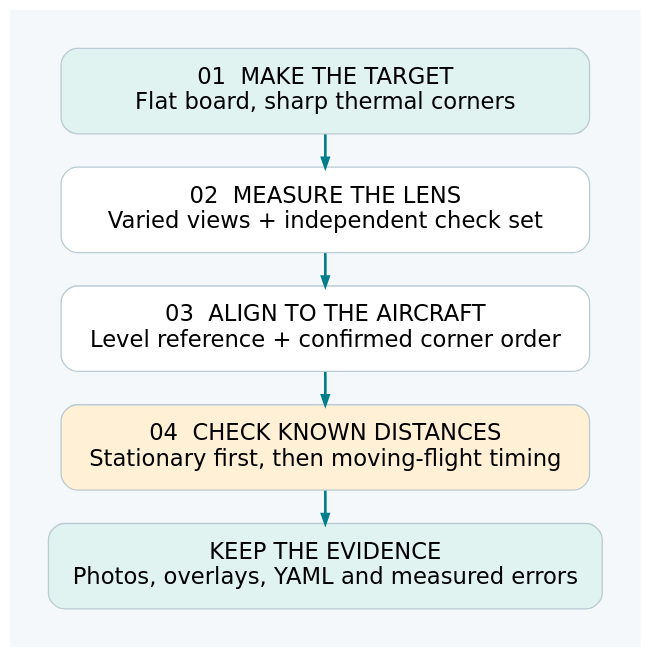
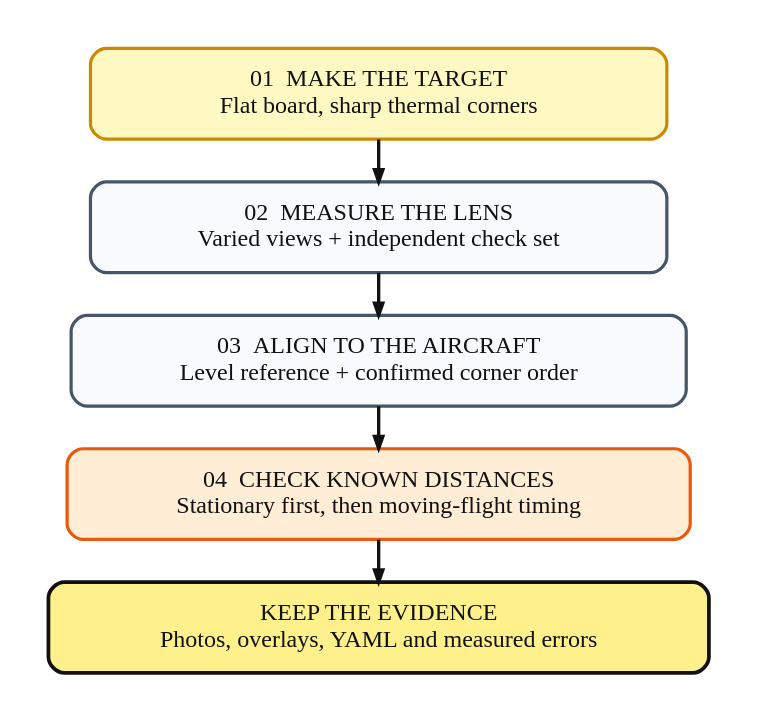
One commit to tudelft/paparazzi changed the diagram in sw/airborne/modules/digital_cam/catia/documentation/lwir-calibration-workflow.dot. Above: the diagram before and after it, drawn with Graphviz. The commit also changed 87 other files, not shown here.

```diff
--- a/sw/airborne/modules/digital_cam/catia/documentation/lwir-calibration-workflow.dot
+++ b/sw/airborne/modules/digital_cam/catia/documentation/lwir-calibration-workflow.dot
@@ -1,11 +1,11 @@
 digraph calibration {
-  graph [rankdir=TB, bgcolor="#f4f8fa", pad="0.4", nodesep="0.3", ranksep="0.35", fontname="DejaVu Sans"];
-  node [shape=box, style="rounded,filled", fillcolor="white", color="#bacbd3", fontname="DejaVu Sans", fontsize=17, margin="0.25,0.18", width=5.5];
-  edge [color="#007f8b", penwidth=2, arrowsize=0.7];
-  target [label="01  MAKE THE TARGET\nFlat board, sharp thermal corners", fillcolor="#e1f3f0"];
-  lens [label="02  MEASURE THE LENS\nVaried views + independent check set"];
-  mount [label="03  ALIGN TO THE AIRCRAFT\nLevel reference + confirmed corner order"];
-  check [label="04  CHECK KNOWN DISTANCES\nStationary first, then moving-flight timing", fillcolor="#fff0d6"];
-  archive [label="KEEP THE EVIDENCE\nPhotos, overlays, YAML and measured errors", fillcolor="#e1f3f0"];
+  graph [rankdir=TB, bgcolor="#ffffff", pad="0.4", nodesep="0.35", ranksep="0.45", fontname="DejaVu Sans Bold"];
+  node [shape=box, style="rounded,filled", fillcolor="#fefce8", color="#ca8a04", fontname="DejaVu Sans Bold", fontsize=18, fontcolor="#111111", penwidth=2.4, margin="0.30,0.20", width=6.0];
+  edge [color="#111111", penwidth=2.5, arrowsize=0.9];
+  target [label="01  MAKE THE TARGET\nFlat board, sharp thermal corners", fillcolor="#fef9c3", color="#ca8a04"];
+  lens [label="02  MEASURE THE LENS\nVaried views + independent check set", fillcolor="#f8fafc", color="#475569"];
+  mount [label="03  ALIGN TO THE AIRCRAFT\nLevel reference + confirmed corner order", fillcolor="#f8fafc", color="#475569"];
+  check [label="04  CHECK KNOWN DISTANCES\nStationary first, then moving-flight timing", fillcolor="#ffedd5", color="#ea580c"];
+  archive [label="KEEP THE EVIDENCE\nPhotos, overlays, YAML and measured errors", fillcolor="#fef08a", color="#111111", penwidth=2.8];
   target -> lens -> mount -> check -> archive;
 }
```
